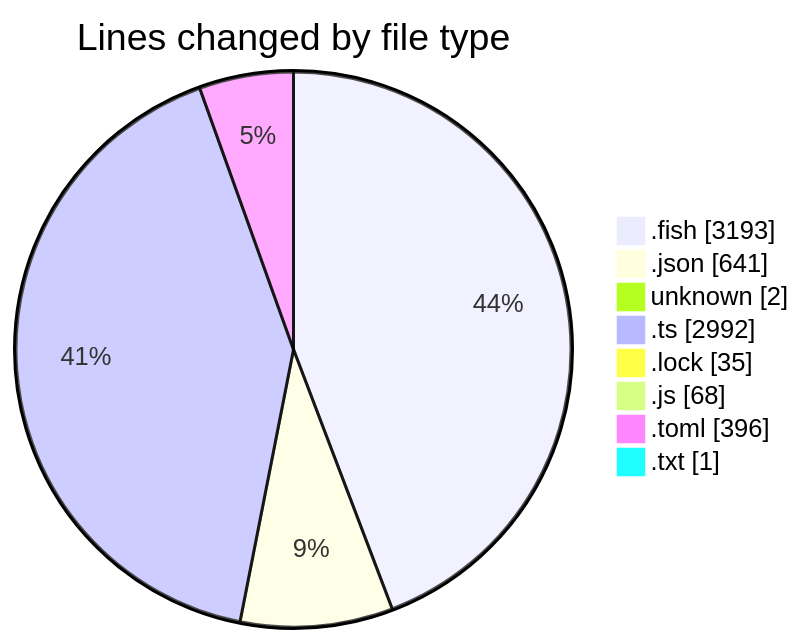
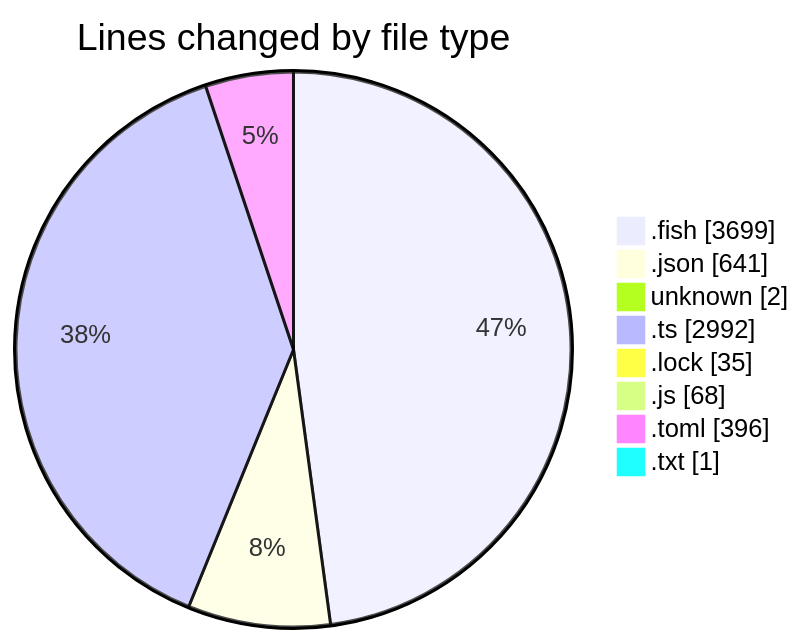
The first of 2 diagrams in 2025-07-12/fish/README.md (EIIisD/code-tracking), drawn with Mermaid before and after one commit. The commit also changed other lines of this file and 1 other file, not shown here.

````diff
--- a/2025-07-12/fish/README.md
+++ b/2025-07-12/fish/README.md
@@ -162,12 +188,12 @@
 ```mermaid
 pie showData
 title Lines changed by file type
-".fish" : 3193
+".fish" : 3699
 ".json" : 641
 "unknown" : 2
 ".ts" : 2992
 ".lock" : 35
 ".js" : 68
 ".toml" : 396
 ".txt" : 1
 ```
````
